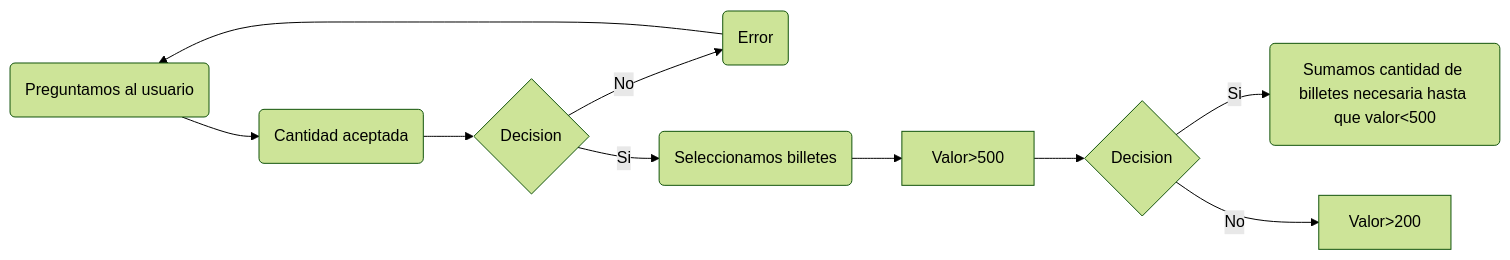
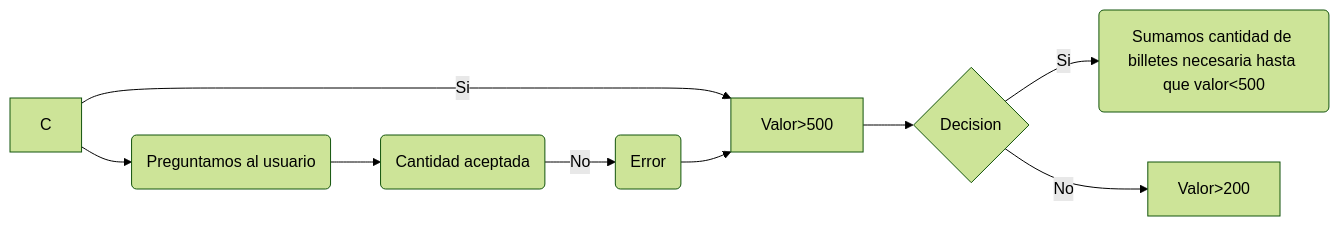
Before and after one commit to PachecoASIR/Diagramas: the first of 2 diagrams in README.md, drawn with Mermaid (forest theme).

````diff
--- a/README.md
+++ b/README.md
@@ -9,12 +9,11 @@
 ```mermaid
 flowchart LR
     A(Preguntamos al usuario) -->B(Cantidad aceptada)
-    B --> C{Decision}
-    C -->|No| D(Error)
+    B -->|No| D(Error)
     C -->|Si| E(Seleccionamos billetes)
-    D --> A
-    E --> F[Valor>500]
-    F --> G{Decision}
-    G -->|Si| H(Sumamos cantidad de billetes necesaria hasta que valor<500)
-    G --> |No| I[Valor>200]
+    C --> A
+    D --> E[Valor>500]
+    E --> F{Decision}
+    F -->|Si| G(Sumamos cantidad de billetes necesaria hasta que valor<500)
+    F --> |No| H[Valor>200]
 ```
````
